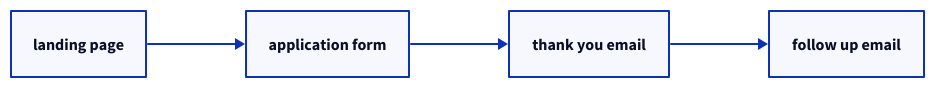
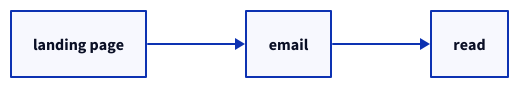
The diagram in 001 - ⭕️ sboard/index.md (runquest/eureka), drawn with D2 before and after one commit. The commit also changed other lines of this file and 5 other files, not shown here.

````diff
--- a/001 - ⭕️ sboard/index.md
+++ b/001 - ⭕️ sboard/index.md
@@ -4,4 +4,4 @@
 ```d2
 direction: right
-landing page -> application form -> thank you email -> follow up email
+landing page -> email -> read
 ```
````
